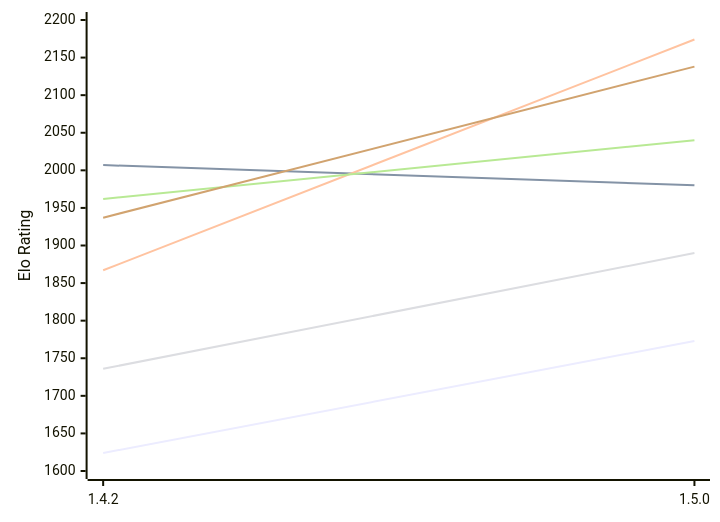
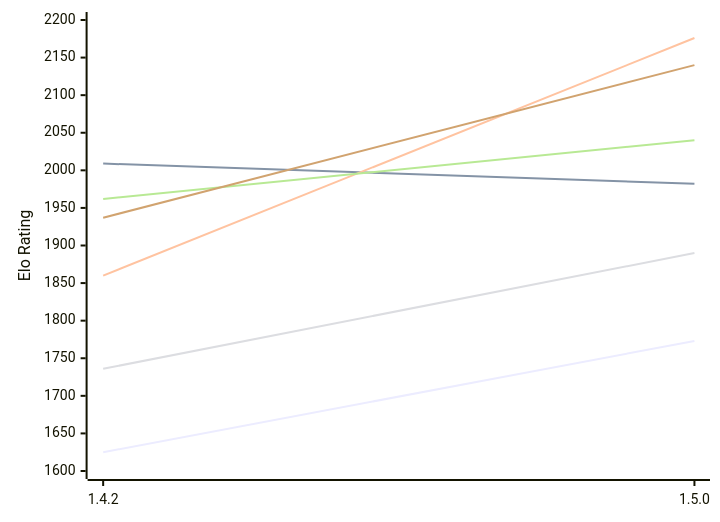
One commit to computer-chess-index/cci changed the first of 2 diagrams in engines/Zeppelin.md. Above: the diagram before and after it, drawn with Mermaid. The commit also changed other lines of this file, not shown here.

Commit message:
Update CCI Ratings (ELO VLTC) - 2026-11-26

````diff
--- a/engines/Zeppelin.md
+++ b/engines/Zeppelin.md
@@ -57,12 +57,12 @@
 ```mermaid
 %%{init: {"theme":"base","themeVariables":{"seriesColors:['#a3a3a3','#222221','#faa371']}}}%%
 xychart-beta
   x-axis ["1.4.2", "1.5.0"]
   y-axis "Elo Rating" 1600 --> 2200
-  line "E1: STC (8.0+0.08s)" [1624, 1773]
-  line "E1: LTC (60.0+0.60s)" [2007, 1980]
-  line "E1: VLTC (2m24s+1.12s)" [1867, 2174]
+  line "E1: STC (8.0+0.08s)" [1625, 1773]
+  line "E1: LTC (60.0+0.60s)" [2009, 1982]
+  line "E1: VLTC (2m24s+1.12s)" [1860, 2176]
   line "P1: STC (8.0+0.08s)" [1736, 1890]
   line "P1: LTC (60.0+0.60s)" [1962, 2040]
-  line "P1: VLTC (2m24s+1.12s)" [1937, 2138]
+  line "P1: VLTC (2m24s+1.12s)" [1937, 2140]
 ```
````
